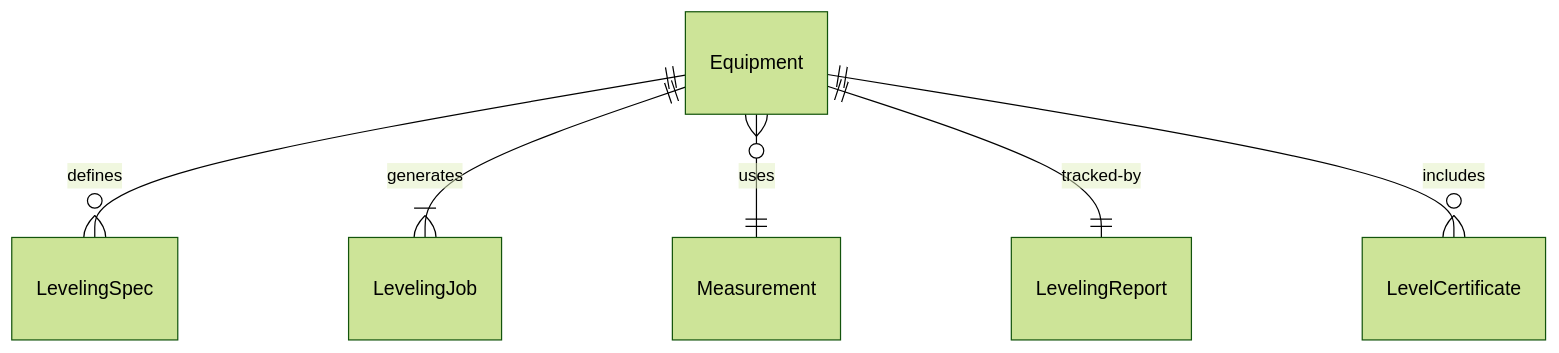
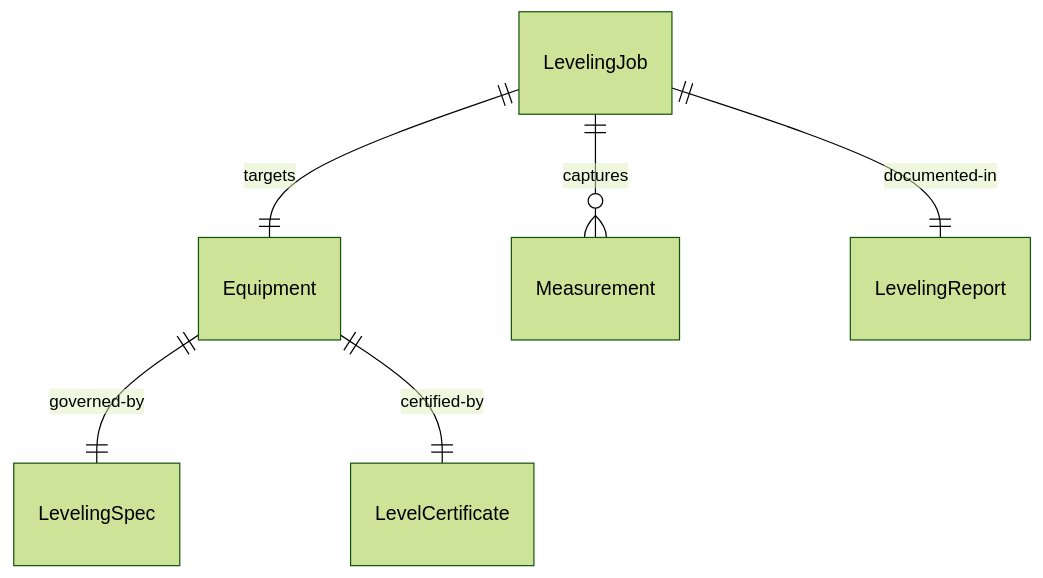
The first of 4 diagrams in HandlingAndMovingObjects/PositionToolsOrEquipment/LevelMachinesEquipment.mdx (dot-org-ai/tasks.org.ai), drawn with Mermaid (forest theme) before and after one commit. The commit also changed other lines of this file and 515 other files, not shown here.

````diff
--- a/HandlingAndMovingObjects/PositionToolsOrEquipment/LevelMachinesEquipment.mdx
+++ b/HandlingAndMovingObjects/PositionToolsOrEquipment/LevelMachinesEquipment.mdx
@@ -88,8 +88,8 @@
 ```mermaid
 erDiagram
-    Equipment ||--o{ LevelingSpec : "defines"
-    Equipment ||--|{ LevelingJob : "generates"
-    Equipment }o--|| Measurement : "uses"
-    Equipment ||--|| LevelingReport : "tracked-by"
-    Equipment ||--o{ LevelCertificate : "includes"
+    Equipment ||--|| LevelingSpec : "governed-by"
+    LevelingJob ||--|| Equipment : "targets"
+    LevelingJob ||--o{ Measurement : "captures"
+    LevelingJob ||--|| LevelingReport : "documented-in"
+    Equipment ||--|| LevelCertificate : "certified-by"
 ```
````
